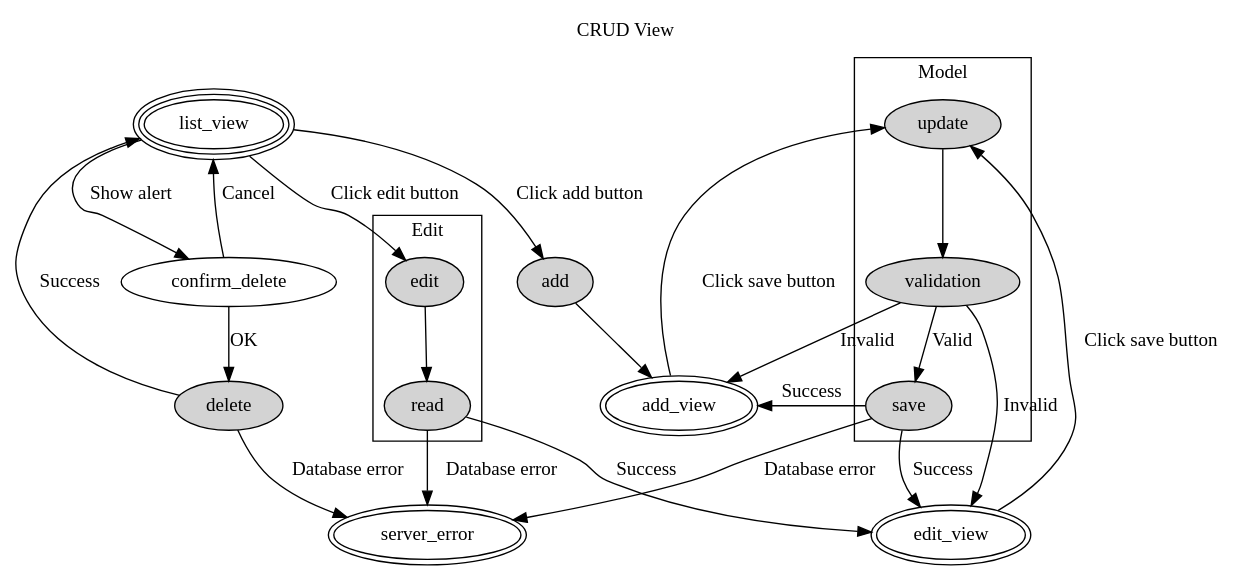
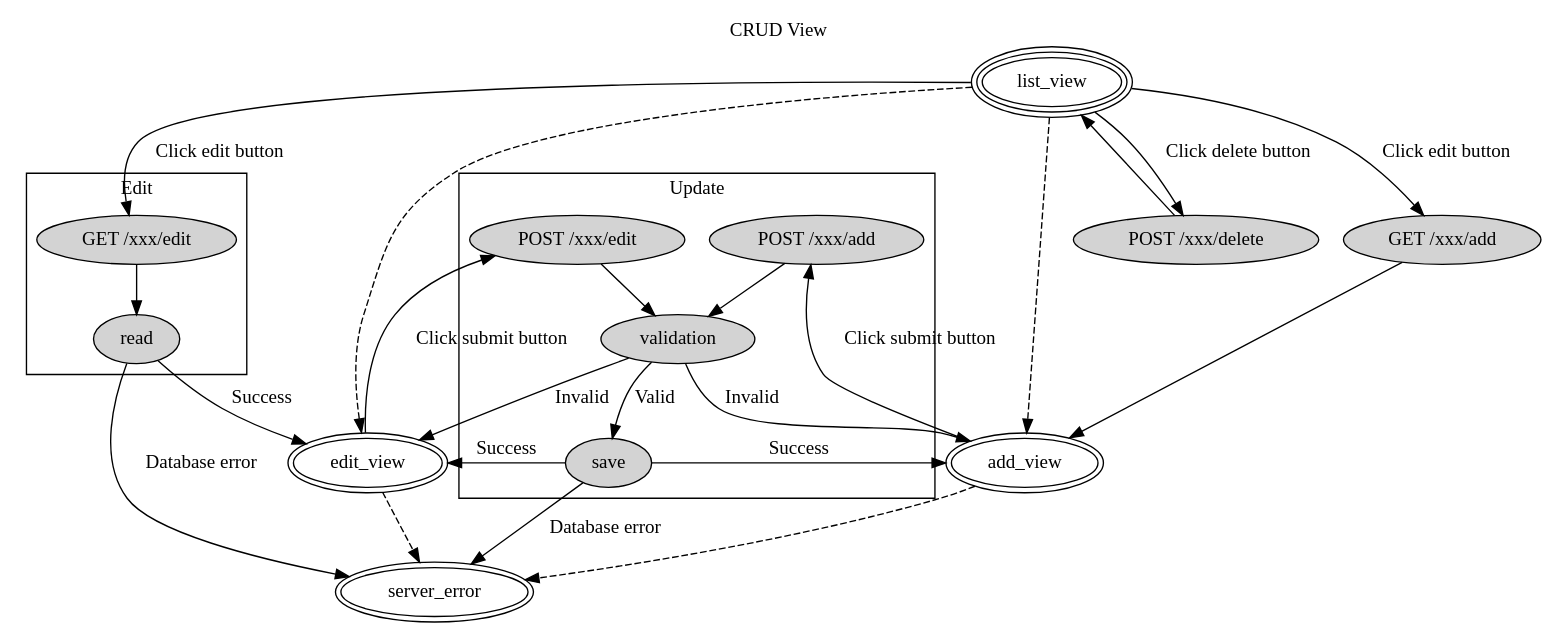
Before and after one commit to hideshi/diagrams: the diagram in 02_crud.dot, drawn with Graphviz. The commit also changed 1 other file, not shown here.

Commit message:
Modified 02_crud

```diff
--- a/02_crud.dot
+++ b/02_crud.dot
@@ -1,49 +1,51 @@
 digraph crud {
-    graph [label = "CRUD View", labelloc = t];
+    graph[label="CRUD View",labelloc=t];
 
-    list_view[peripheries = 3];
-    add_view[peripheries = 2];
-    edit_view[peripheries = 2];
-    server_error[peripheries = 2];
+    list_view[peripheries=3];
+    add_view[peripheries=2];
+    edit_view[peripheries=2];
+    server_error[peripheries=2];
 
-    add[style = filled];
-    edit[style = filled];
-    delete[style = filled];
-    validation[style = filled];
-    update[style = filled];
-    save[style = filled];
-    read[style = filled];
+    list_view->add_view[style=dashed];
+    list_view->edit_view[style=dashed];
+    add_view->server_error[style=dashed];
+    edit_view->server_error[style=dashed];
 
-    list_view -> add [label = "Click add button"];
-    add -> add_view;
-    add_view -> update [label = "Click save button"];
+    "GET /xxx/add"[style=filled];
+    "POST /xxx/add"[style=filled];
+    "GET /xxx/edit"[style=filled];
+    "POST /xxx/edit"[style=filled];
+    "POST /xxx/delete"[style=filled];
+    validation[style=filled];
+    save[style=filled];
+    read[style=filled];
 
-    list_view -> edit [label = "Click edit button"];
-    edit_view -> update [label = "Click save button"];
+    list_view->"GET /xxx/add"[label="Click edit button"];
+    "GET /xxx/add"->add_view;
 
+    add_view->"POST /xxx/add"[label="Click submit button"];
+    subgraph cluster_update {
+        label="Update";
+        "POST /xxx/add"->validation;
+        "POST /xxx/edit"->validation;
+        validation->save[label="Valid"];
+    }
+    validation->add_view[label="Invalid"];
+    save->add_view[label="Success"];
+    save->server_error[label="Database error"];
+
+    list_view->"GET /xxx/edit"[label="Click edit button"];
     subgraph cluster_edit {
-        label = "Edit";
-        edit -> read;
+        label="Edit";
+        "GET /xxx/edit"->read;
     }
+    read->edit_view[label="Success"];
+    read->server_error[label="Database error"];
 
-    read -> edit_view [label = "Success"];
-    read -> server_error [label = "Database error"];
+    edit_view->"POST /xxx/edit"[label="Click submit button"];
+    validation->edit_view[label="Invalid"];
+    save->edit_view[label="Success"];
 
-    list_view -> confirm_delete [label = "Show alert"];
-    confirm_delete -> list_view [label = "Cancel"];
-    confirm_delete -> delete [label = "OK"];
-    delete -> list_view [label = "Success"];
-    delete -> server_error [label = "Database error"];
-
-    subgraph cluster_save {
-        label = "Model";
-        update -> validation;
-        validation -> save [label = "Valid"];
-    }
-
-    validation -> add_view [label = "Invalid"];
-    validation -> edit_view [label = "Invalid"];
-    save -> add_view [label = "Success"];
-    save -> edit_view [label = "Success"];
-    save -> server_error [label = "Database error"];
+    list_view->"POST /xxx/delete"[label="Click delete button"];
+    "POST /xxx/delete"->list_view;
 }
```
